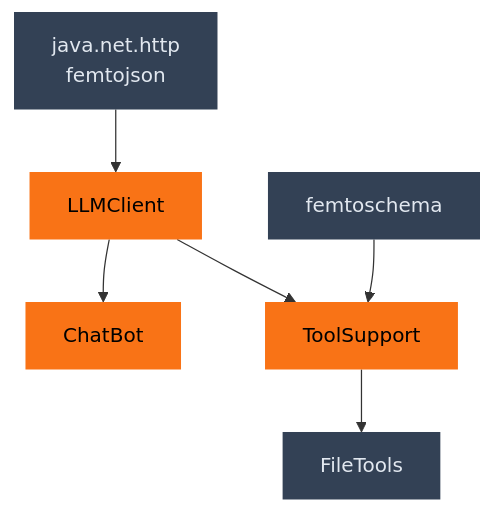
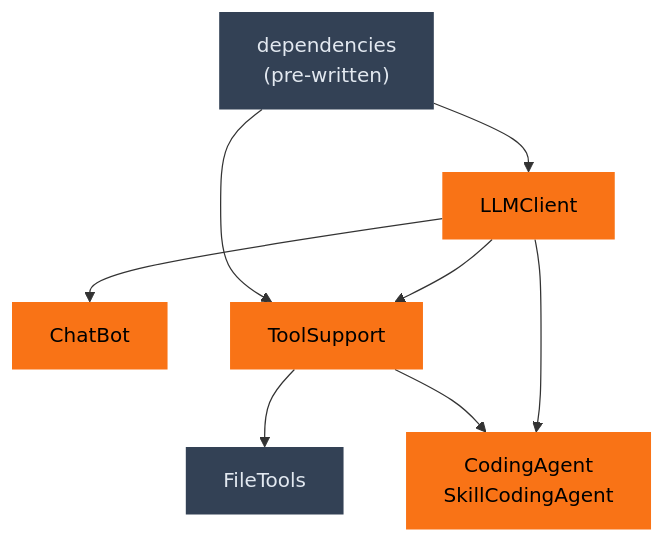
Before and after one commit to parttimenerd/tiny-llm-library-demo: the second of 10 diagrams in slides/slides.md, drawn with Mermaid. The commit also changed other lines of this file and 4 other files, not shown here.

````diff
--- a/slides/slides.md
+++ b/slides/slides.md
@@ -450,22 +190,24 @@
 ```mermaid
 flowchart TB
-  jdk["java.net.http<br>femtojson"]
-  fj["femtoschema"]
+  jdk["dependencies<br>(pre-written)"]
   lc["LLMClient"]
   cb["ChatBot"]
   ts["ToolSupport"]
   ft["FileTools"]
+  ca["CodingAgent<br>SkillCodingAgent"]
 
   jdk --> lc
-  fj --> ts
+  jdk --> ts
   lc --> cb
   lc --> ts
   ts --> ft
+  ts --> ca
+  lc --> ca
 
   style jdk fill:#334155,color:#e2e8f0,stroke:none
-  style fj fill:#334155,color:#e2e8f0,stroke:none
   style lc fill:#f97316,color:#000,stroke:none
   style cb fill:#f97316,color:#000,stroke:none
   style ts fill:#f97316,color:#000,stroke:none
   style ft fill:#334155,color:#e2e8f0,stroke:none
+  style ca fill:#f97316,color:#000,stroke:none
 ```
````
